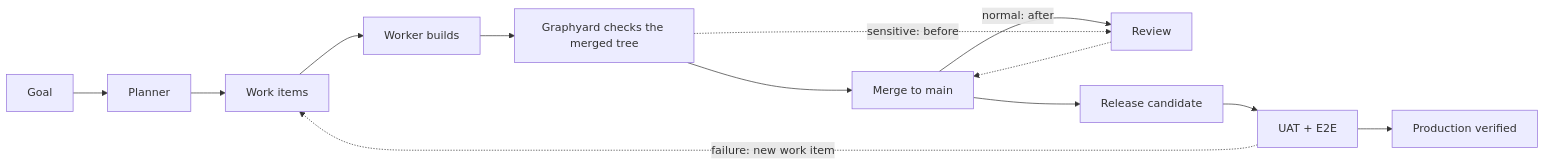
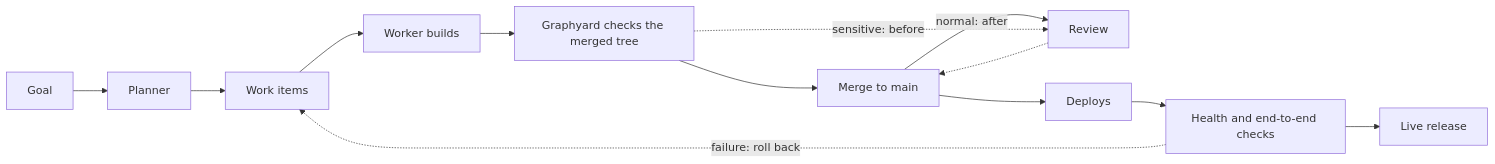
The diagram in README.md (cryptob1/graphyard), drawn with Mermaid before and after one commit. The commit also changed other lines of this file and 43 other files, not shown here.

First line of the commit message:
GY-2172: docs describe the simplified Graphyard, at half their words

````diff
--- a/README.md
+++ b/README.md
@@ -32,8 +32,8 @@
 ```mermaid
 flowchart LR
   A[Goal] --> B[Planner] --> C[Work items] --> D[Worker builds] --> E[Graphyard checks the merged tree]
   E --> F[Merge to main] -->|normal: after| G[Review]
   E -.->|sensitive: before| G -.-> F
-  F --> H[Release candidate] --> I[UAT + E2E] --> J[Production verified]
-  I -.->|failure: new work item| C
+  F --> H[Deploys] --> I[Health and end-to-end checks] --> J[Live release]
+  I -.->|failure: roll back| C
 ```
````
